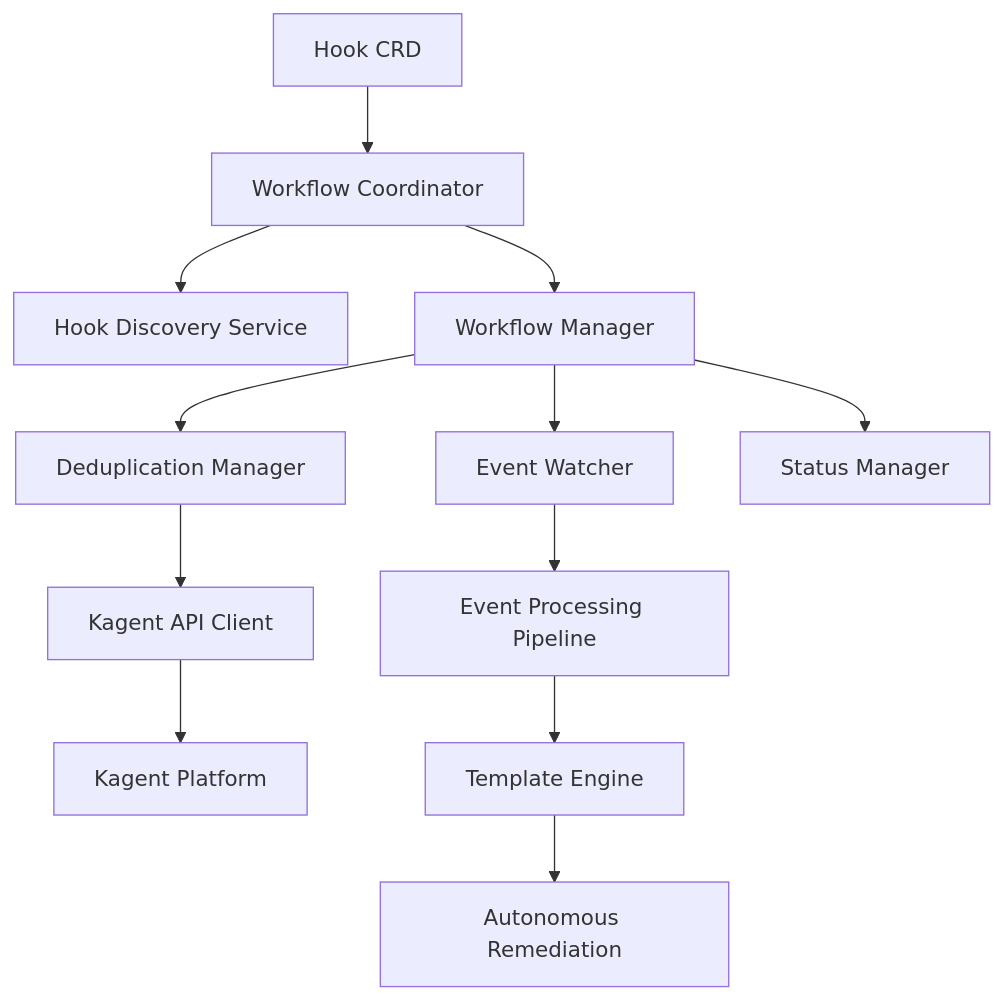
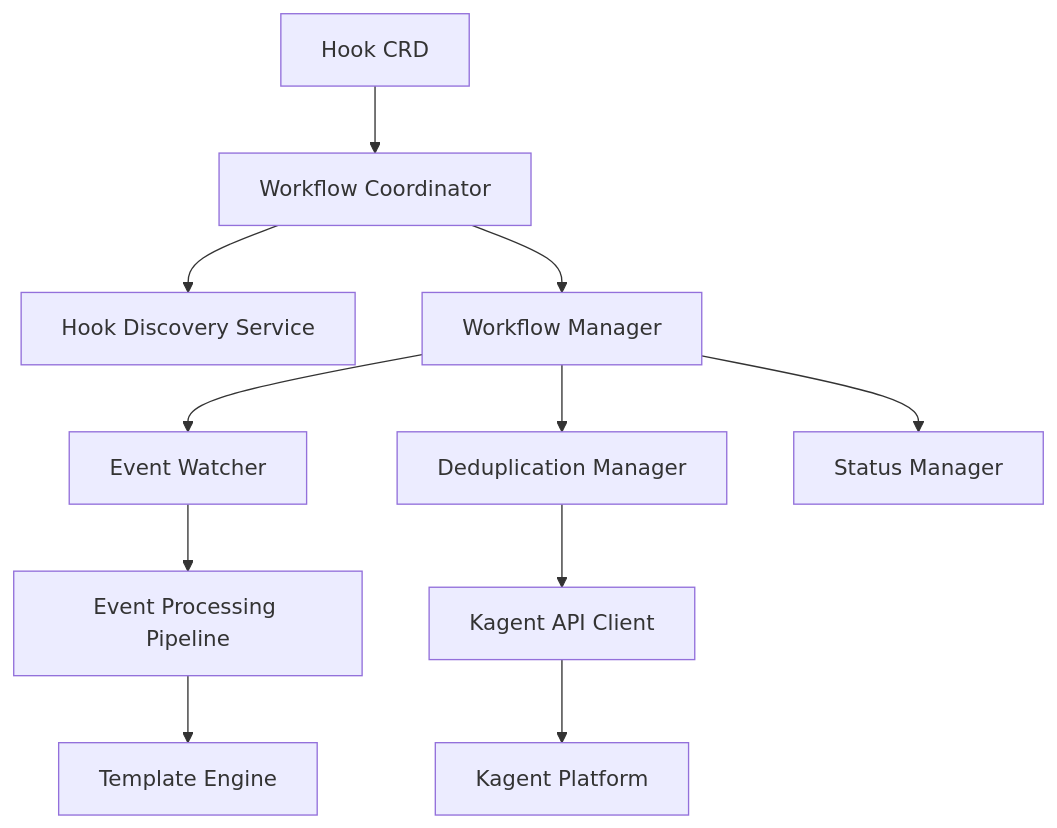
The diagram in specs/design.md (kagent-dev/khook), drawn with Mermaid before and after one commit. The commit also changed other lines of this file, not shown here.

````diff
--- a/specs/design.md
+++ b/specs/design.md
@@ -11,14 +11,13 @@
 ```mermaid
 graph TB
     A[Hook CRD] --> B[Workflow Coordinator]
     B --> C[Hook Discovery Service]
     B --> D[Workflow Manager]
     D --> E[Event Watcher]
     D --> F[Deduplication Manager]
     D --> G[Status Manager]
     F --> H[Kagent API Client]
     H --> I[Kagent Platform]
     E --> J[Event Processing Pipeline]
     J --> K[Template Engine]
-    K --> L[Autonomous Remediation]
 ```
````
